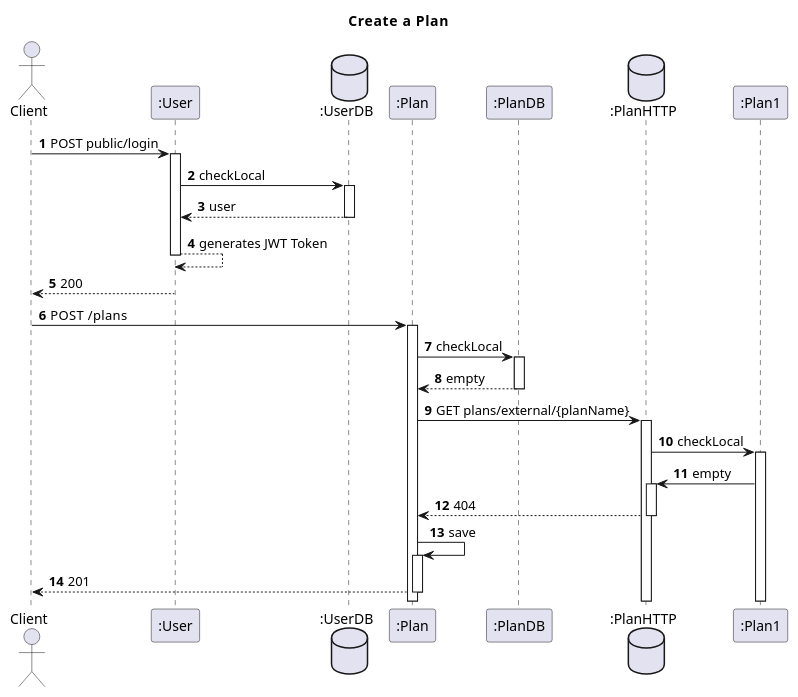
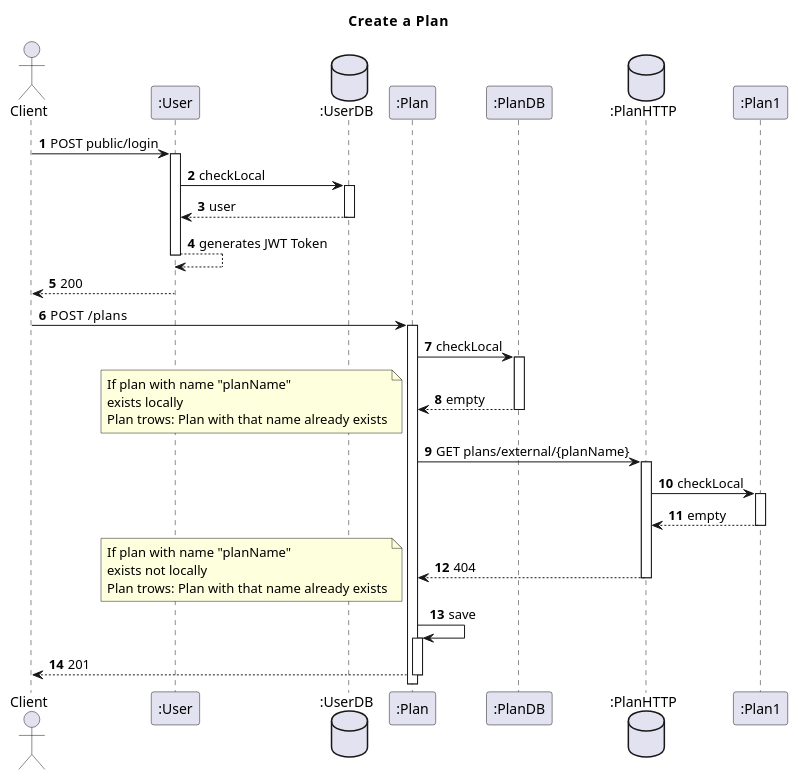
The diagram in docs_sidis/Plans/Vista_Logica/N3/UserPlanInteractionCreate.puml (IsepMartimOliveira/SIDIS), drawn with PlantUML before and after one commit. The commit also changed 52 other files, not shown here.

```diff
--- a/docs_sidis/Plans/Vista_Logica/N3/UserPlanInteractionCreate.puml
+++ b/docs_sidis/Plans/Vista_Logica/N3/UserPlanInteractionCreate.puml
@@ -1,39 +1,48 @@
 @startuml
 'https://plantuml.com/sequence-diagram
 autoactivate on
 autonumber
 title  Create  a  Plan
 
 autonumber
 
 actor "Client" as Ac
 participant ":User" as User
 database ":UserDB" as Udb
 
 participant ":Plan" as Plan
 participant ":PlanDB" as PDB
 database ":PlanHTTP" as PHTTP
 participant ":Plan1" as Plan1
 
 
 
 Ac->User: POST public/login
 User->Udb:checkLocal
 Udb-->User:user
 User-->User:generates JWT Token
 User-->Ac:200
 Ac->Plan:POST  /plans
 Plan->PDB:checkLocal
 PDB-->Plan:empty
-
+note left
+If plan with name "planName"
+exists locally
+Plan trows: Plan with that name already exists
+end note
 Plan->PHTTP:GET plans/external/{planName}
 PHTTP->Plan1:checkLocal
-Plan1->PHTTP:empty
+Plan1-->PHTTP:empty
 PHTTP-->Plan:404
+note left
+If plan with name "planName"
+exists not locally
+Plan trows: Plan with that name already exists
+end note
 Plan->Plan:save
 Plan-->Ac:201
 
 
 
 
 @enduml
```
